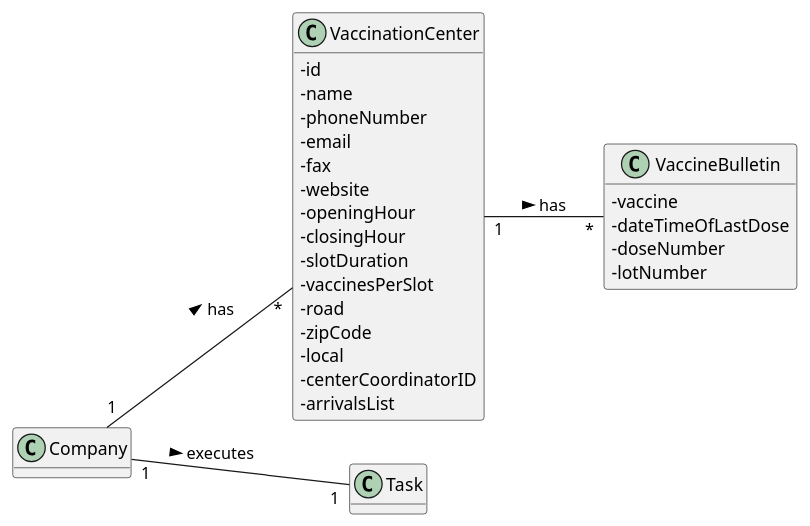
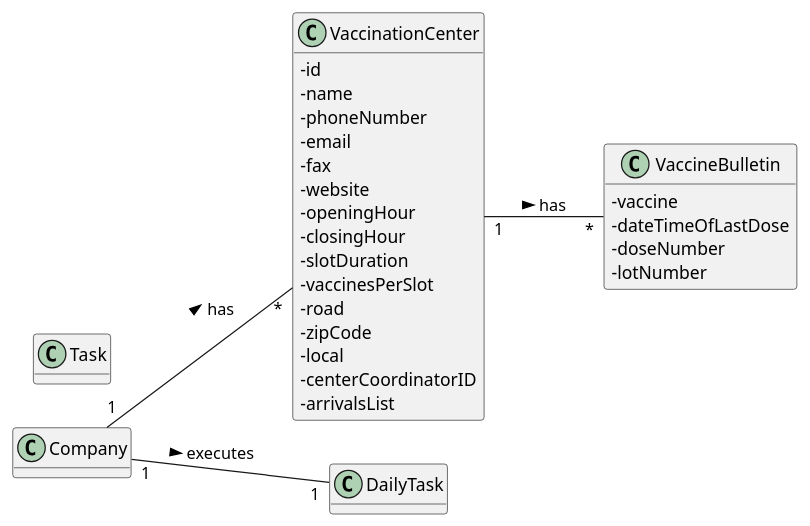
Before and after one commit to Pirussa/lei-22-s2-1da-g02: the diagram in docs/SprintD/US006/US006_MD.puml, drawn with PlantUML. The commit also changed 8 other files, not shown here.

```diff
--- a/docs/SprintD/US006/US006_MD.puml
+++ b/docs/SprintD/US006/US006_MD.puml
@@ -1,41 +1,41 @@
 @startuml
 'https://plantuml.com/class-diagram
 
 left to right direction
 skinparam classAttributeIconSize 0
 hide methods
 
 Class Company{
 }
 
 Class VaccinationCenter{
 -id
 -name
 -phoneNumber
 -email
 -fax
 -website
 -openingHour
 -closingHour
 -slotDuration
 -vaccinesPerSlot
 -road
 -zipCode
 -local
 -centerCoordinatorID
 -arrivalsList
 }
 
 Class VaccineBulletin{
 -vaccine
 -dateTimeOfLastDose
 -doseNumber
 -lotNumber
 }
 
 Class Task
 
 Company "1" -- "*" VaccinationCenter: has >
 VaccinationCenter"1" -- "*"VaccineBulletin: has >
-Company"1" -- "1"Task: executes >
+Company "1" -- "1" DailyTask: executes >
 @enduml
```
